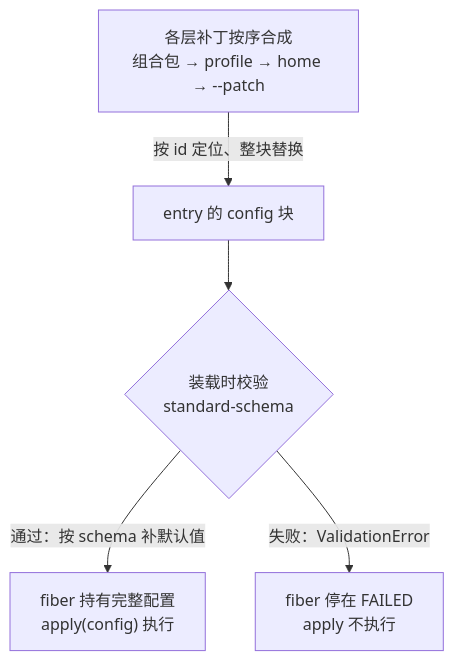
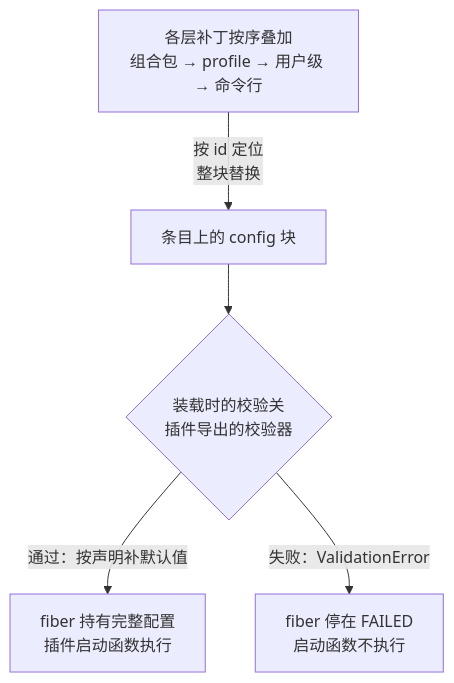
The first of 2 diagrams in dsh 插件开发学习/06-用 Config schema 声明插件配置.md (anthonyzhao-4926/blog), drawn with Mermaid before and after one commit. The commit also changed other lines of this file and 38 other files, not shown here.

````diff
--- a/dsh 插件开发学习/06-用 Config schema 声明插件配置.md
+++ b/dsh 插件开发学习/06-用 Config schema 声明插件配置.md
@@ -62,7 +64,7 @@
 ```mermaid
 flowchart TD
-    A["各层补丁按序合成<br/>组合包 → profile → home → --patch"] -->|"按 id 定位、整块替换"| E["entry 的 config 块"]
-    E --> F{"装载时校验<br/>standard-schema"}
-    F -->|"通过：按 schema 补默认值"| G["fiber 持有完整配置<br/>apply(config) 执行"]
-    F -->|"失败：ValidationError"| H["fiber 停在 FAILED<br/>apply 不执行"]
+    A["各层补丁按序叠加<br/>组合包 → profile → 用户级 → 命令行"] -->|"按 id 定位<br/>整块替换"| E["条目上的 config 块"]
+    E --> F{"装载时的校验关<br/>插件导出的校验器"}
+    F -->|"通过：按声明补默认值"| G["fiber 持有完整配置<br/>插件启动函数执行"]
+    F -->|"失败：ValidationError"| H["fiber 停在 FAILED<br/>启动函数不执行"]
 ```
````
